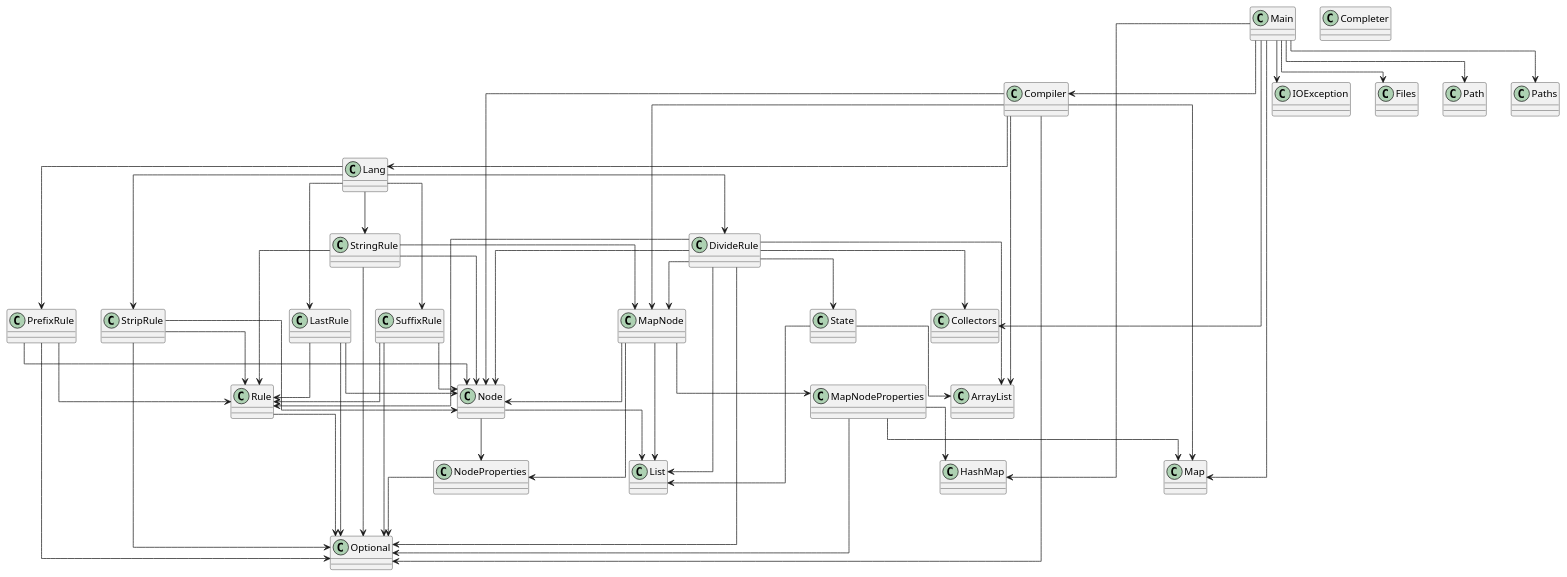
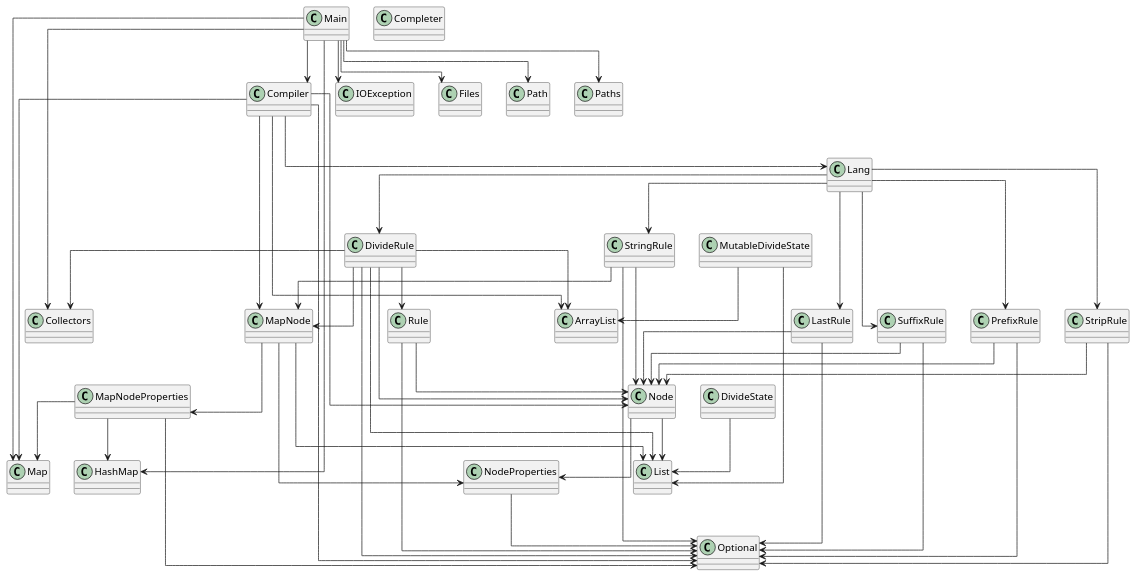
Before and after one commit to SirMathhman/Magma: the diagram in diagram.puml, drawn with PlantUML. The commit also changed 13 other files, not shown here.

```diff
--- a/diagram.puml
+++ b/diagram.puml
@@ -1,76 +1,72 @@
 @startuml
 skinparam linetype ortho
 class StringRule
 StringRule --> MapNode
 StringRule --> Node
-StringRule --> Rule
 StringRule --> Optional
 class PrefixRule
 PrefixRule --> Node
-PrefixRule --> Rule
 PrefixRule --> Optional
 class Compiler
 Compiler --> Lang
 Compiler --> Node
 Compiler --> MapNode
 Compiler --> ArrayList
 Compiler --> Map
 Compiler --> Optional
 class Node
 Node --> NodeProperties
 Node --> List
 class StripRule
 StripRule --> Node
-StripRule --> Rule
 StripRule --> Optional
 class Lang
 Lang --> DivideRule
 Lang --> LastRule
 Lang --> PrefixRule
 Lang --> StringRule
 Lang --> StripRule
 Lang --> SuffixRule
 class Completer
+class MutableDivideState
+MutableDivideState --> ArrayList
+MutableDivideState --> List
 class MapNode
-MapNode --> Node
 MapNode --> MapNodeProperties
 MapNode --> NodeProperties
 MapNode --> List
 class MapNodeProperties
 MapNodeProperties --> HashMap
 MapNodeProperties --> Map
 MapNodeProperties --> Optional
+class DivideState
+DivideState --> List
 class LastRule
 LastRule --> Node
-LastRule --> Rule
 LastRule --> Optional
 class DivideRule
 DivideRule --> MapNode
 DivideRule --> Node
 DivideRule --> Rule
-DivideRule --> State
 DivideRule --> ArrayList
 DivideRule --> List
 DivideRule --> Optional
 DivideRule --> Collectors
 class NodeProperties
 NodeProperties --> Optional
 class SuffixRule
 SuffixRule --> Node
-SuffixRule --> Rule
 SuffixRule --> Optional
-class State
-State --> ArrayList
-State --> List
 class Rule
+Rule --> Node
 Rule --> Optional
 class Main
 Main --> Compiler
 Main --> IOException
 Main --> Files
 Main --> Path
 Main --> Paths
 Main --> HashMap
 Main --> Map
 Main --> Collectors
 @enduml
```
